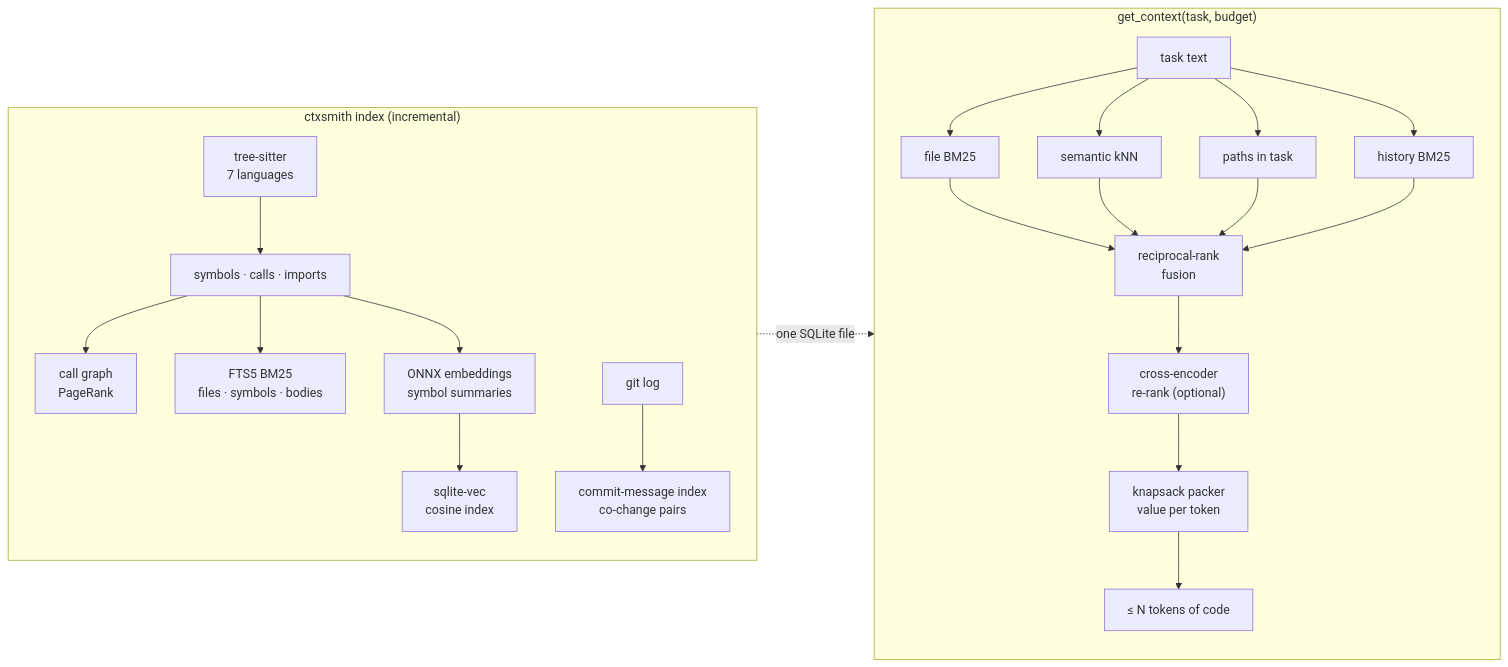
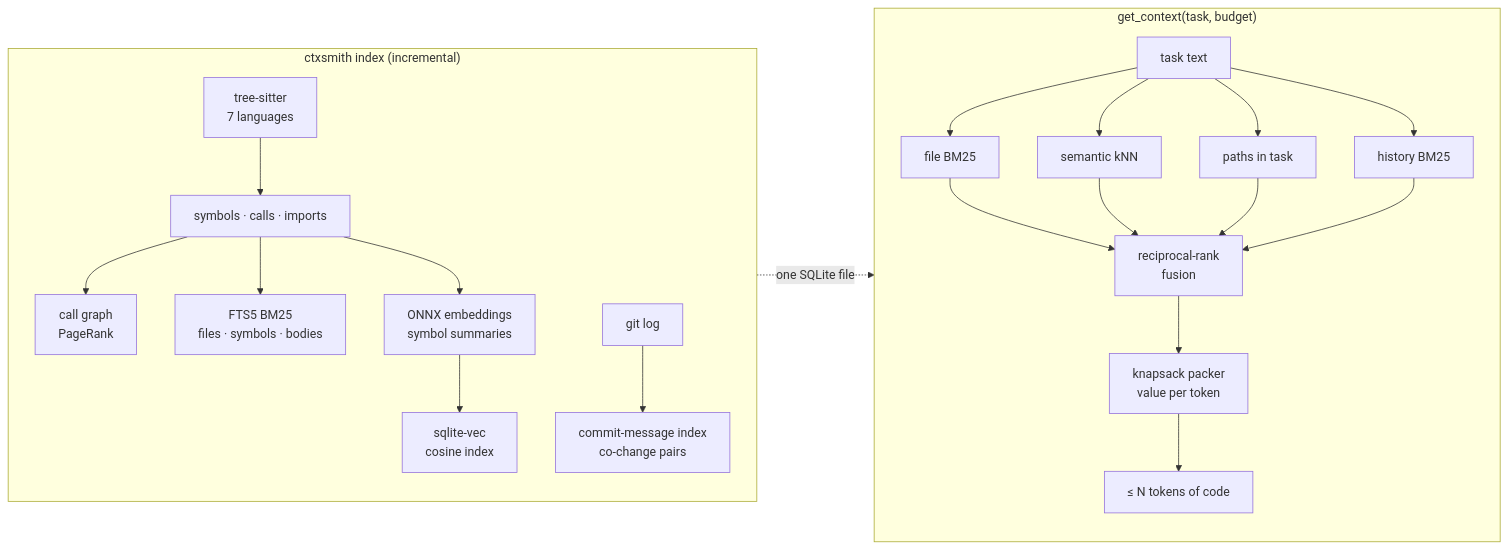
One commit to RahulSankhla312/contextsmith changed the diagram in README.md. Above: the diagram before and after it, drawn with Mermaid. The commit also changed other lines of this file and 6 other files, not shown here.

````diff
--- a/README.md
+++ b/README.md
@@ -38,19 +88,18 @@
 ```mermaid
 flowchart LR
     subgraph Index["ctxsmith index (incremental)"]
         TS["tree-sitter<br/>7 languages"] --> SYM["symbols · calls · imports"]
         SYM --> G["call graph<br/>PageRank"]
         SYM --> FTS["FTS5 BM25<br/>files · symbols · bodies"]
         SYM --> EMB["ONNX embeddings<br/>symbol summaries"]
         EMB --> VEC["sqlite-vec<br/>cosine index"]
         GIT["git log"] --> H["commit-message index<br/>co-change pairs"]
     end
     subgraph Query["get_context(task, budget)"]
         Q["task text"] --> S1["file BM25"] & S2["semantic kNN"] & S3["paths in task"] & S4["history BM25"]
         S1 & S2 & S3 & S4 --> RRF["reciprocal-rank<br/>fusion"]
-        RRF --> RR["cross-encoder<br/>re-rank (optional)"]
-        RR --> KS["knapsack packer<br/>value per token"]
+        RRF --> KS["knapsack packer<br/>value per token"]
         KS --> OUT["≤ N tokens of code"]
     end
     Index -. one SQLite file .-> Query
 ```
````
